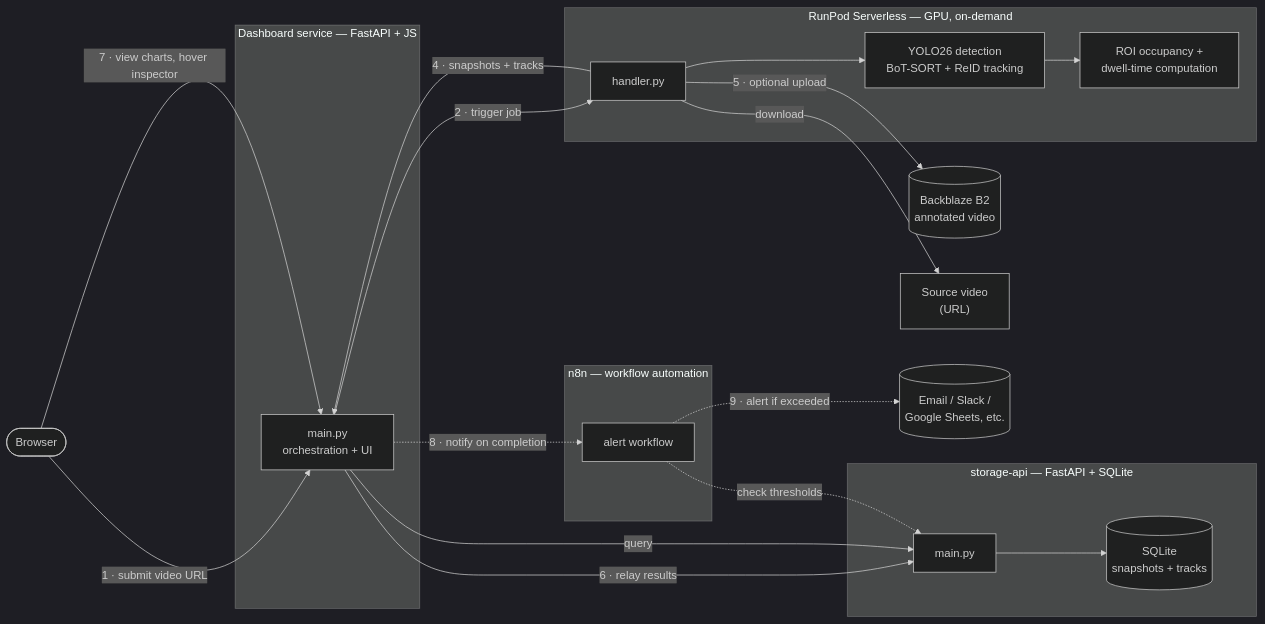
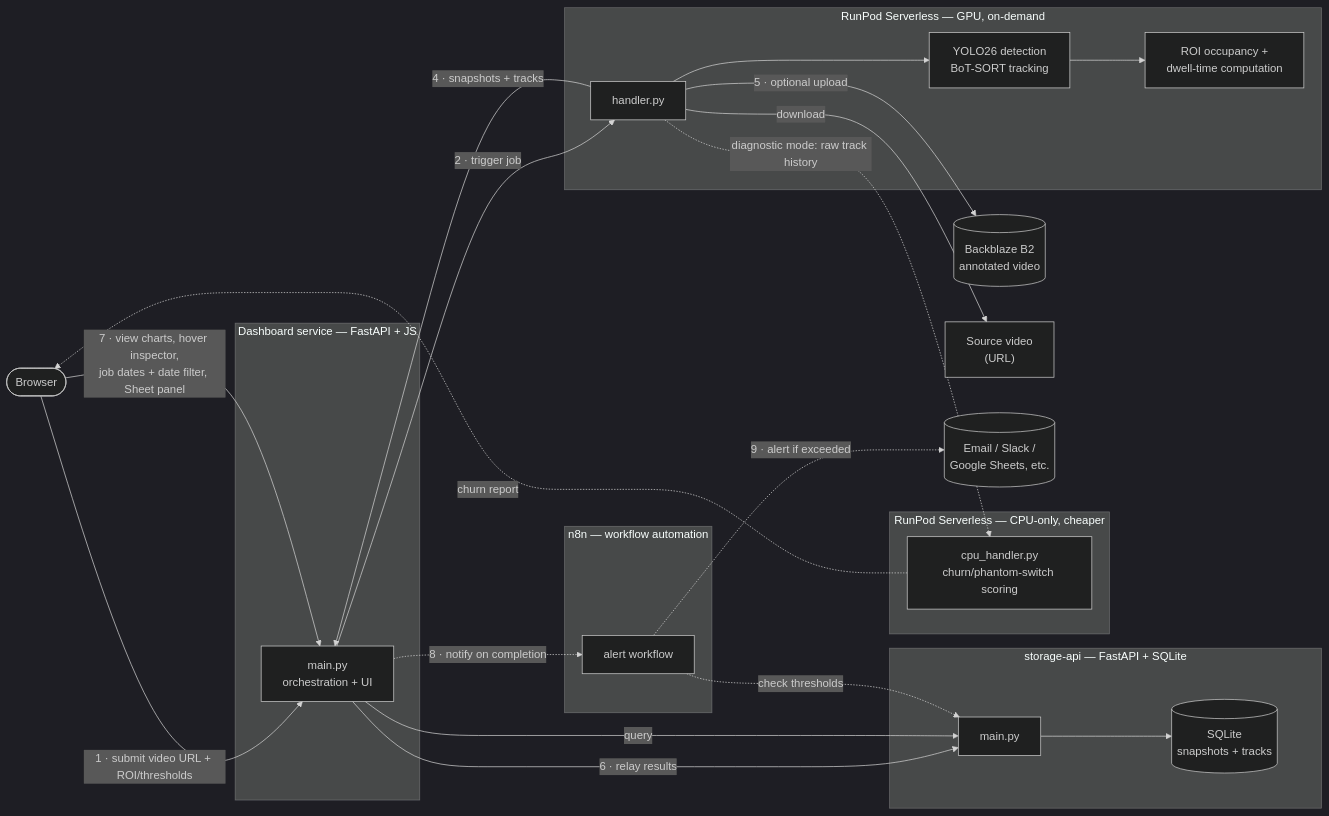
The diagram in README.md (alireza-keivan/queue-analysis), drawn with Mermaid (dark theme) before and after one commit. The commit also changed other lines of this file and 13 other files, not shown here.

````diff
--- a/README.md
+++ b/README.md
@@ -40,37 +42,43 @@
 ```mermaid
 flowchart LR
     U(["Browser"])
 
     subgraph DASH["Dashboard service — FastAPI + JS"]
         D["main.py<br/>orchestration + UI"]
     end
 
     subgraph RP["RunPod Serverless — GPU, on-demand"]
-        H["handler.py"] --> YOLO["YOLO26 detection<br/>BoT-SORT + ReID tracking"]
+        H["handler.py"] --> YOLO["YOLO26 detection<br/>BoT-SORT tracking"]
         YOLO --> ROI["ROI occupancy +<br/>dwell-time computation"]
+    end
+
+    subgraph CPUW["RunPod Serverless — CPU-only, cheaper"]
+        CH["cpu_handler.py<br/>churn/phantom-switch scoring"]
     end
 
     subgraph ST["storage-api — FastAPI + SQLite"]
         S["main.py"] --> DB[("SQLite<br/>snapshots + tracks")]
     end
 
     subgraph N8N["n8n — workflow automation"]
         N["alert workflow"]
     end
 
     B[("Backblaze B2<br/>annotated video")]
     SRC["Source video<br/>(URL)"]
     MAIL[("Email / Slack /<br/>Google Sheets, etc.")]
 
-    U -->|"1 · submit video URL"| D
+    U -->|"1 · submit video URL + ROI/thresholds"| D
     D -->|"2 · trigger job"| H
     H -->|"download"| SRC
     H -->|"5 · optional upload"| B
     H -->|"4 · snapshots + tracks"| D
     D -->|"6 · relay results"| S
-    U -->|"7 · view charts, hover inspector"| D
+    U -->|"7 · view charts, hover inspector,<br/>job dates + date filter, Sheet panel"| D
     D -->|"query"| S
     D -.->|"8 · notify on completion"| N
     N -.->|"check thresholds"| S
     N -.->|"9 · alert if exceeded"| MAIL
+    H -.->|"diagnostic mode: raw track history"| CH
+    CH -.->|"churn report"| U
 ```
````
